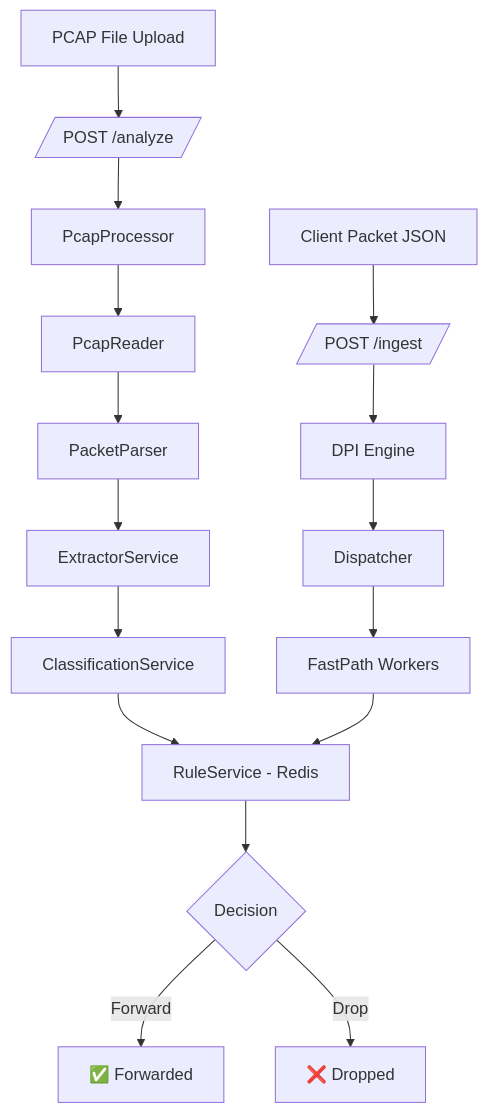
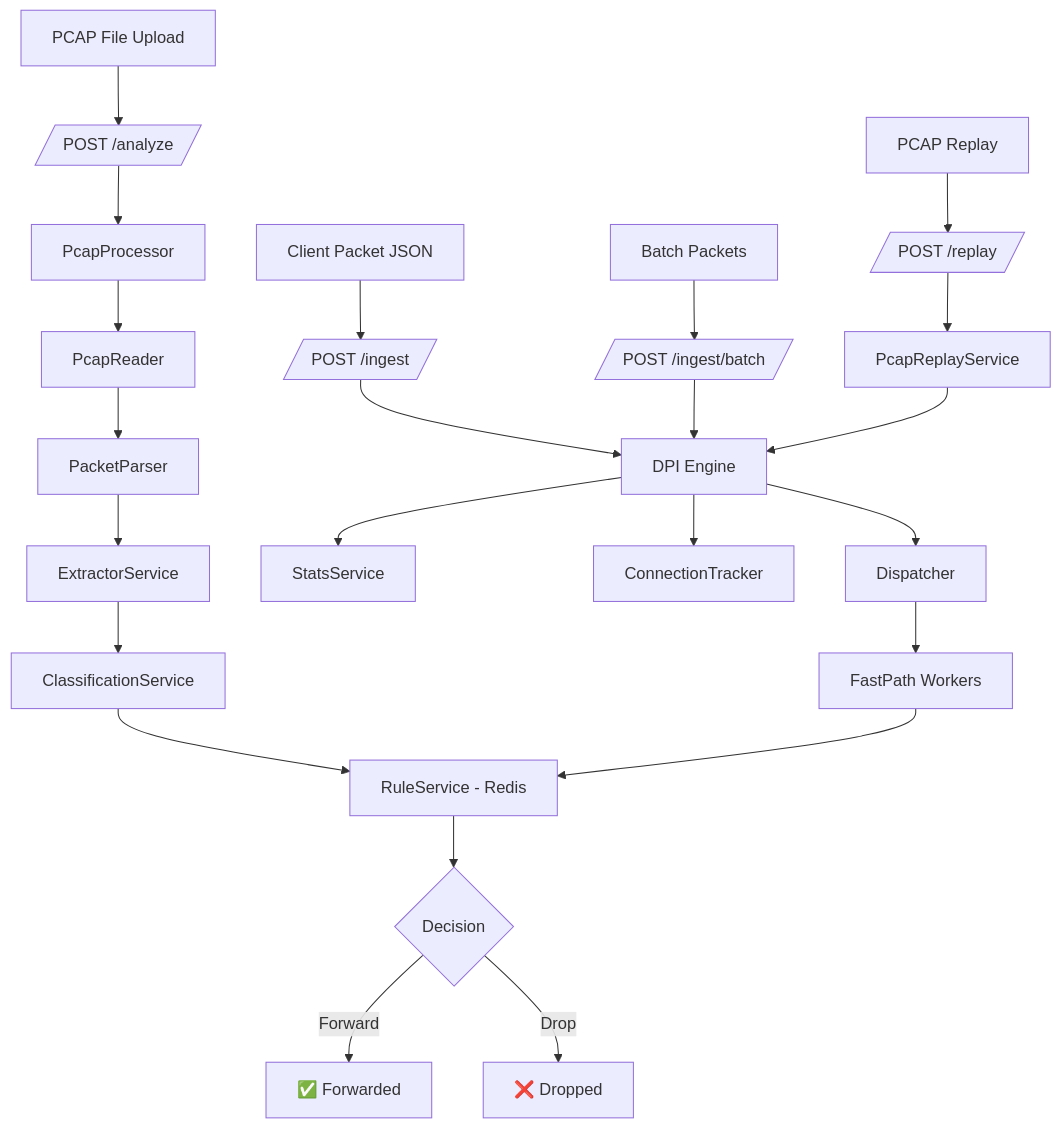
One commit to VinayParmar555/Deep-Packet-Inspection changed the diagram in README.md. Above: the diagram before and after it, drawn with Mermaid. The commit also changed other lines of this file, not shown here.

````diff
--- a/README.md
+++ b/README.md
@@ -23,18 +27,25 @@
 ```mermaid
 flowchart TD
     A[PCAP File Upload] --> B[/POST /analyze/]
+    R[PCAP Replay] --> S[/POST /replay/]
     C[Client Packet JSON] --> D[/POST /ingest/]
+    CB[Batch Packets] --> DB[/POST /ingest/batch/]
     B --> E[PcapProcessor]
+    S --> RS[PcapReplayService]
     D --> F[DPI Engine]
+    DB --> F
+    RS --> F
     E --> G[PcapReader]
     G --> H[PacketParser]
     H --> I[ExtractorService]
     I --> J[ClassificationService]
     J --> K[RuleService - Redis]
+    F --> SS[StatsService]
+    F --> CT[ConnectionTracker]
     F --> L[Dispatcher]
     L --> M[FastPath Workers]
     M --> K
     K --> N{Decision}
     N -->|Forward| O[✅ Forwarded]
     N -->|Drop| P[❌ Dropped]
 ```
````
